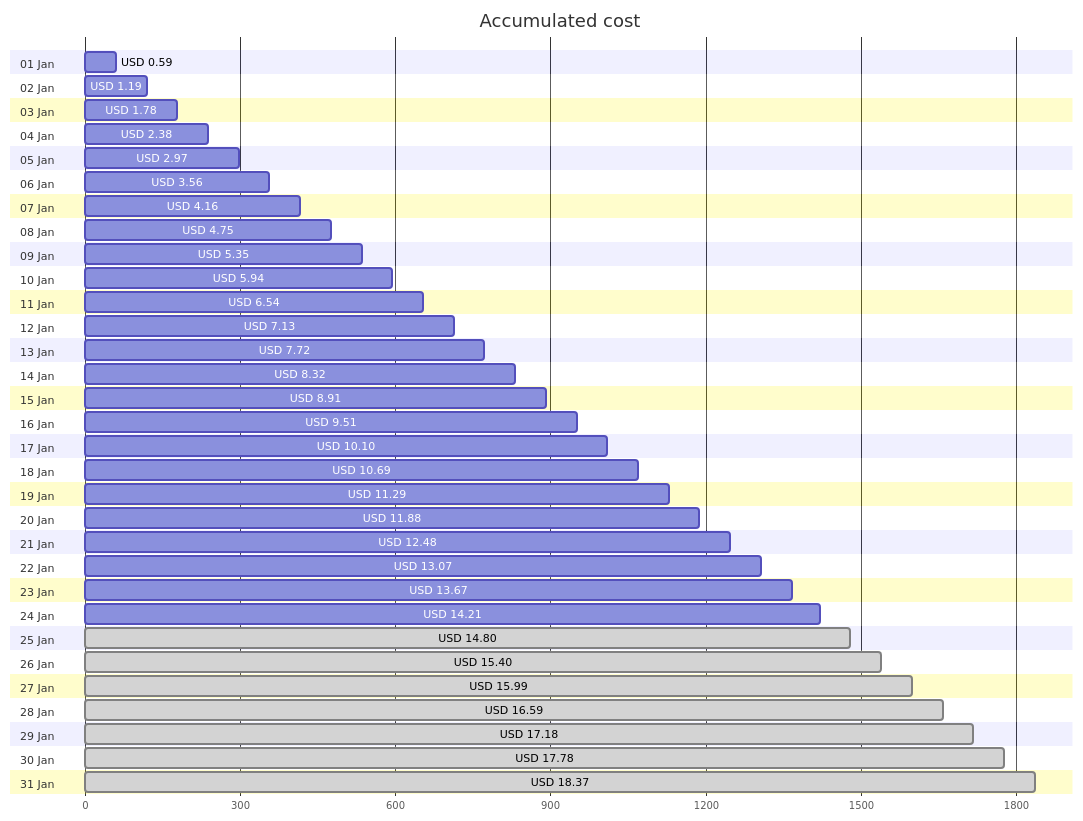
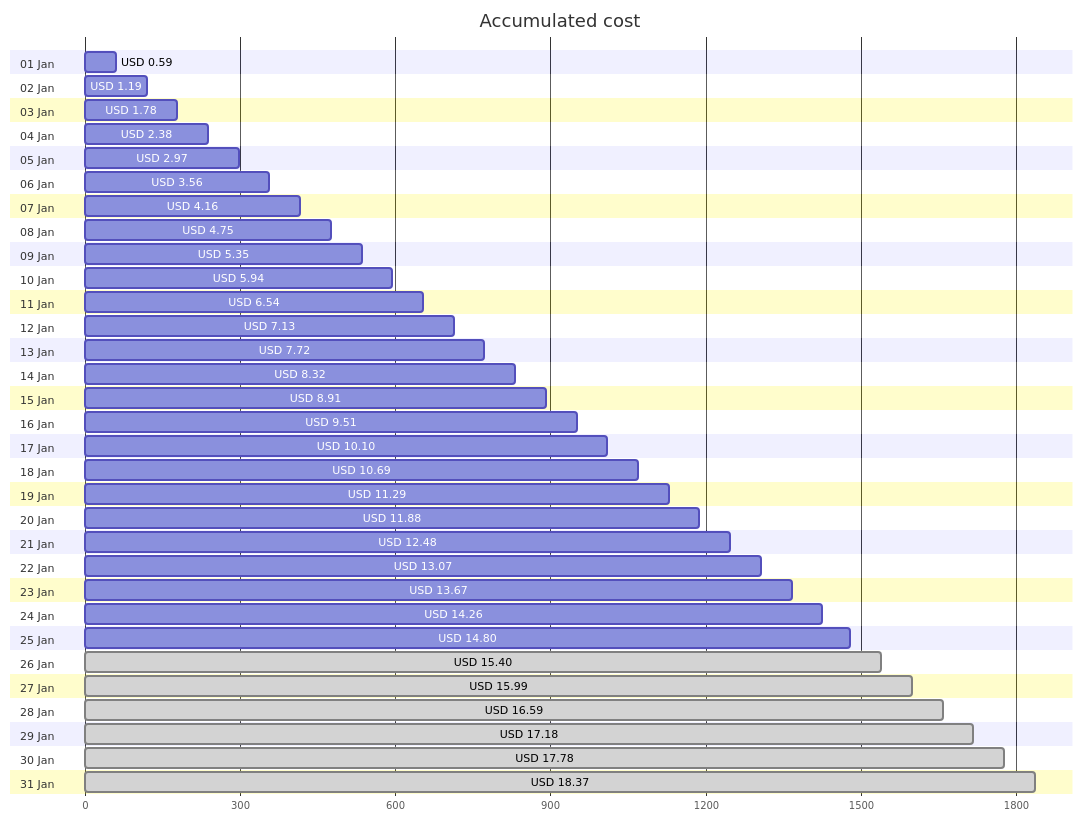
Before and after one commit to jpfulton/azure-personal-reports: the first of 4 diagrams in cost-reports/personal-site/README.md, drawn with Mermaid. The commit also changed other lines of this file and 7 other files, not shown here.

````diff
--- a/cost-reports/personal-site/README.md
+++ b/cost-reports/personal-site/README.md
@@ -20,68 +20,68 @@
 ```mermaid
 gantt
    title Accumulated cost
    dateFormat  X
    axisFormat %s
    section 01 Jan
    USD 0.59 :0, 59
    section 02 Jan
    USD 1.19 :0, 119
    section 03 Jan
    USD 1.78 :0, 178
    section 04 Jan
    USD 2.38 :0, 238
    section 05 Jan
    USD 2.97 :0, 297
    section 06 Jan
    USD 3.56 :0, 356
    section 07 Jan
    USD 4.16 :0, 416
    section 08 Jan
    USD 4.75 :0, 475
    section 09 Jan
    USD 5.35 :0, 535
    section 10 Jan
    USD 5.94 :0, 594
    section 11 Jan
    USD 6.54 :0, 654
    section 12 Jan
    USD 7.13 :0, 713
    section 13 Jan
    USD 7.72 :0, 772
    section 14 Jan
    USD 8.32 :0, 832
    section 15 Jan
    USD 8.91 :0, 891
    section 16 Jan
    USD 9.51 :0, 951
    section 17 Jan
    USD 10.10 :0, 1010
    section 18 Jan
    USD 10.69 :0, 1069
    section 19 Jan
    USD 11.29 :0, 1129
    section 20 Jan
    USD 11.88 :0, 1188
    section 21 Jan
    USD 12.48 :0, 1248
    section 22 Jan
    USD 13.07 :0, 1307
    section 23 Jan
    USD 13.67 :0, 1367
    section 24 Jan
-   USD 14.21 :0, 1421
+   USD 14.26 :0, 1426
    section 25 Jan
-   USD 14.80 : done, 0, 1480
+   USD 14.80 :0, 1480
    section 26 Jan
    USD 15.40 : done, 0, 1540
    section 27 Jan
    USD 15.99 : done, 0, 1599
    section 28 Jan
    USD 16.59 : done, 0, 1659
    section 29 Jan
    USD 17.18 : done, 0, 1718
    section 30 Jan
    USD 17.78 : done, 0, 1778
    section 31 Jan
    USD 18.37 : done, 0, 1837
 ```
````
